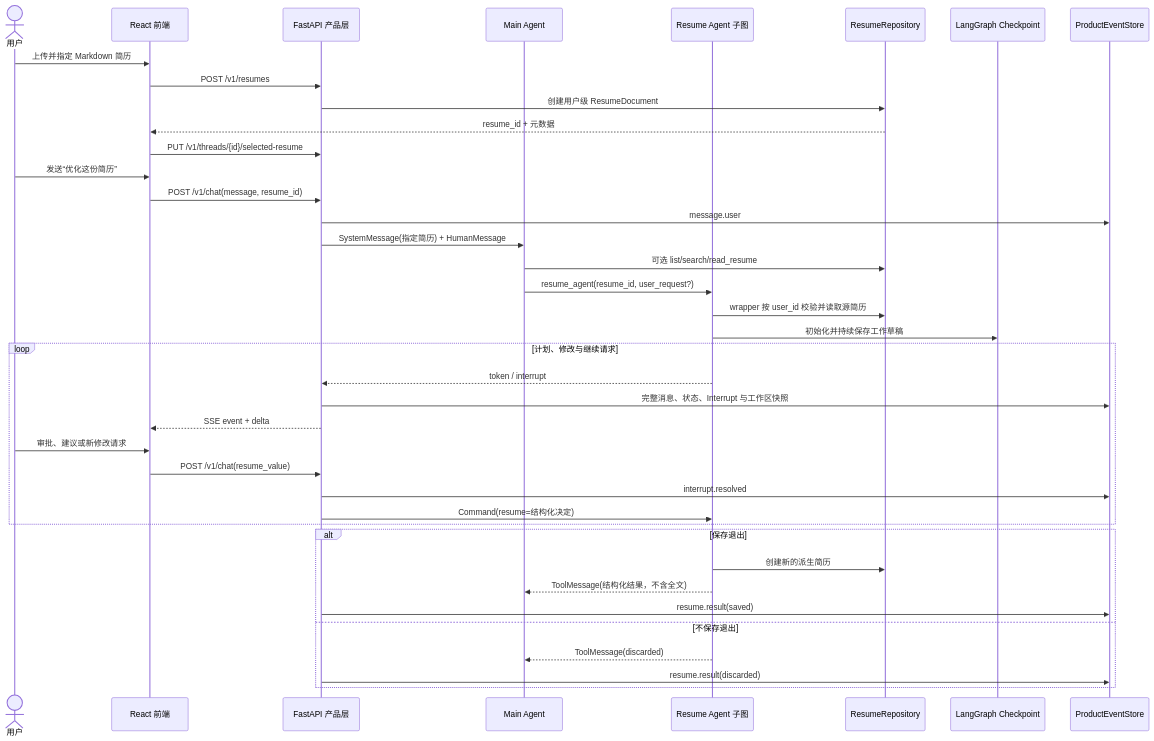
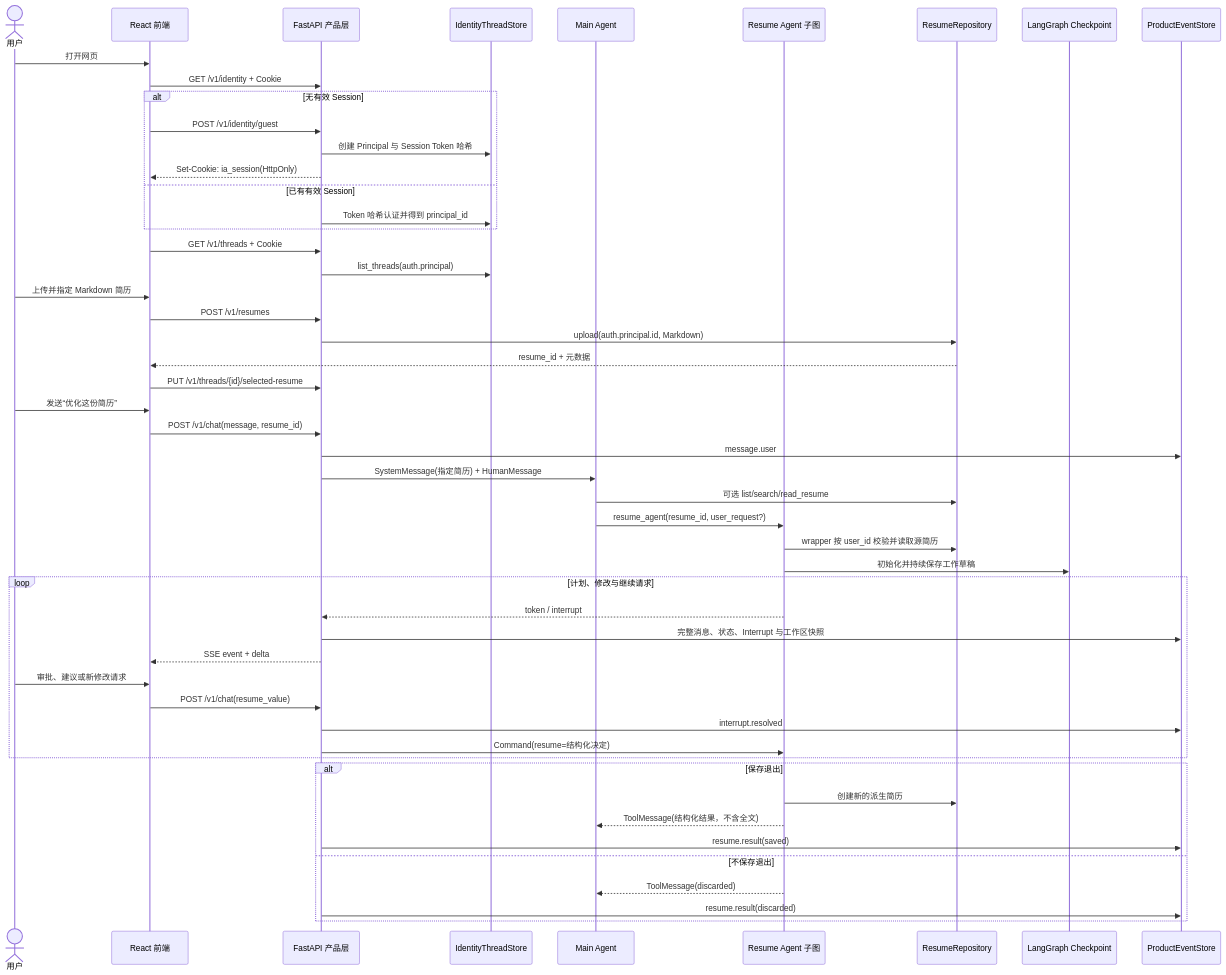
The first of 2 diagrams in docs/简历修改功能前后端数据流报告.md (ShikiNatsume520/InterviewAssistant), drawn with Mermaid before and after one commit. The commit also changed other lines of this file and 35 other files, not shown here.

````diff
--- a/docs/简历修改功能前后端数据流报告.md
+++ b/docs/简历修改功能前后端数据流报告.md
@@ -53,45 +153,57 @@
 ```mermaid
 sequenceDiagram
     actor U as 用户
     participant F as React 前端
     participant API as FastAPI 产品层
+    participant ID as IdentityThreadStore
     participant M as Main Agent
     participant R as Resume Agent 子图
     participant DB as ResumeRepository
     participant CP as LangGraph Checkpoint
     participant EV as ProductEventStore
 
+    U->>F: 打开网页
+    F->>API: GET /v1/identity + Cookie
+    alt 无有效 Session
+        F->>API: POST /v1/identity/guest
+        API->>ID: 创建 Principal 与 Session Token 哈希
+        API-->>F: Set-Cookie: ia_session(HttpOnly)
+    else 已有有效 Session
+        API->>ID: Token 哈希认证并得到 principal_id
+    end
+    F->>API: GET /v1/threads + Cookie
+    API->>ID: list_threads(auth.principal)
     U->>F: 上传并指定 Markdown 简历
     F->>API: POST /v1/resumes
-    API->>DB: 创建用户级 ResumeDocument
+    API->>DB: upload(auth.principal.id, Markdown)
     DB-->>F: resume_id + 元数据
     F->>API: PUT /v1/threads/{id}/selected-resume
 
     U->>F: 发送“优化这份简历”
     F->>API: POST /v1/chat(message, resume_id)
     API->>EV: message.user
     API->>M: SystemMessage(指定简历) + HumanMessage
     M->>DB: 可选 list/search/read_resume
     M->>R: resume_agent(resume_id, user_request?)
     R->>DB: wrapper 按 user_id 校验并读取源简历
     R->>CP: 初始化并持续保存工作草稿
 
     loop 计划、修改与继续请求
         R-->>API: token / interrupt
         API->>EV: 完整消息、状态、Interrupt 与工作区快照
         API-->>F: SSE event + delta
         U->>F: 审批、建议或新修改请求
         F->>API: POST /v1/chat(resume_value)
         API->>EV: interrupt.resolved
         API->>R: Command(resume=结构化决定)
     end
 
     alt 保存退出
         R->>DB: 创建新的派生简历
         R-->>M: ToolMessage(结构化结果，不含全文)
         API->>EV: resume.result(saved)
     else 不保存退出
         R-->>M: ToolMessage(discarded)
         API->>EV: resume.result(discarded)
     end
 ```
````
